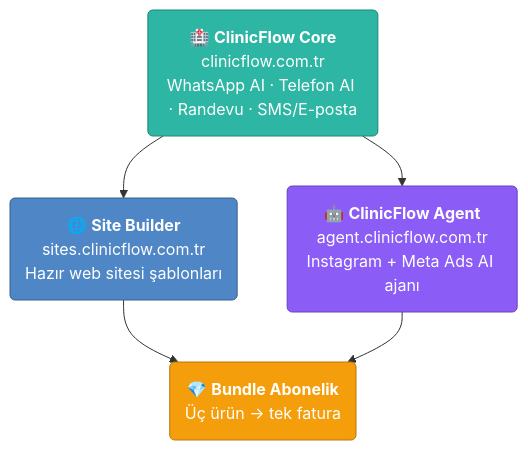
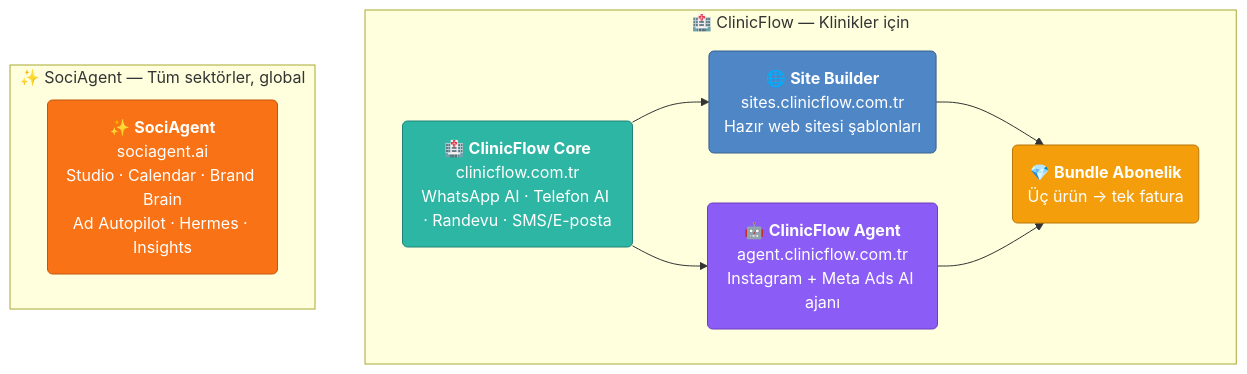
Before and after one commit to kdiraydn/kdiraydn: the second of 2 diagrams in readme.md, drawn with Mermaid. The commit also changed other lines of this file, not shown here.

First line of the commit message:
Revise readme for ClinicFlow and SociAgent details

````diff
--- a/readme.md
+++ b/readme.md
@@ -81,21 +154,28 @@
 ```mermaid
 flowchart TD
-    Core("🏥 <b>ClinicFlow Core</b><br/>clinicflow.com.tr<br/>WhatsApp AI · Telefon AI · Randevu · SMS/E-posta")
-    Sites("🌐 <b>Site Builder</b><br/>sites.clinicflow.com.tr<br/>Hazır web sitesi şablonları")
-    Agent("🤖 <b>ClinicFlow Agent</b><br/>agent.clinicflow.com.tr<br/>Instagram + Meta Ads AI ajanı")
-    Bundle("💎 <b>Bundle Abonelik</b><br/>Üç ürün → tek fatura")
+    subgraph CF ["🏥 ClinicFlow — Klinikler için"]
+        Core("🏥 <b>ClinicFlow Core</b><br/>clinicflow.com.tr<br/>WhatsApp AI · Telefon AI · Randevu · SMS/E-posta")
+        Sites("🌐 <b>Site Builder</b><br/>sites.clinicflow.com.tr<br/>Hazır web sitesi şablonları")
+        Agent("🤖 <b>ClinicFlow Agent</b><br/>agent.clinicflow.com.tr<br/>Instagram + Meta Ads AI ajanı")
+        Bundle("💎 <b>Bundle Abonelik</b><br/>Üç ürün → tek fatura")
+        Core --> Sites
+        Core --> Agent
+        Sites --> Bundle
+        Agent --> Bundle
+    end
 
-    Core --> Sites
-    Core --> Agent
-    Sites --> Bundle
-    Agent --> Bundle
+    subgraph SA ["✨ SociAgent — Tüm sektörler, global"]
+        Soci("✨ <b>SociAgent</b><br/>sociagent.ai<br/>Studio · Calendar · Brand Brain<br/>Ad Autopilot · Hermes · Insights")
+    end
 
     classDef core fill:#2DB6A3,stroke:#1f8378,color:#ffffff;
     classDef sites fill:#4F86C6,stroke:#37618f,color:#ffffff;
     classDef agent fill:#8B5CF6,stroke:#6d3fc0,color:#ffffff;
     classDef bundle fill:#F59E0B,stroke:#b87708,color:#ffffff;
+    classDef soci fill:#F97316,stroke:#c2570c,color:#ffffff;
     class Core core;
     class Sites sites;
     class Agent agent;
     class Bundle bundle;
+    class Soci soci;
 ```
````
